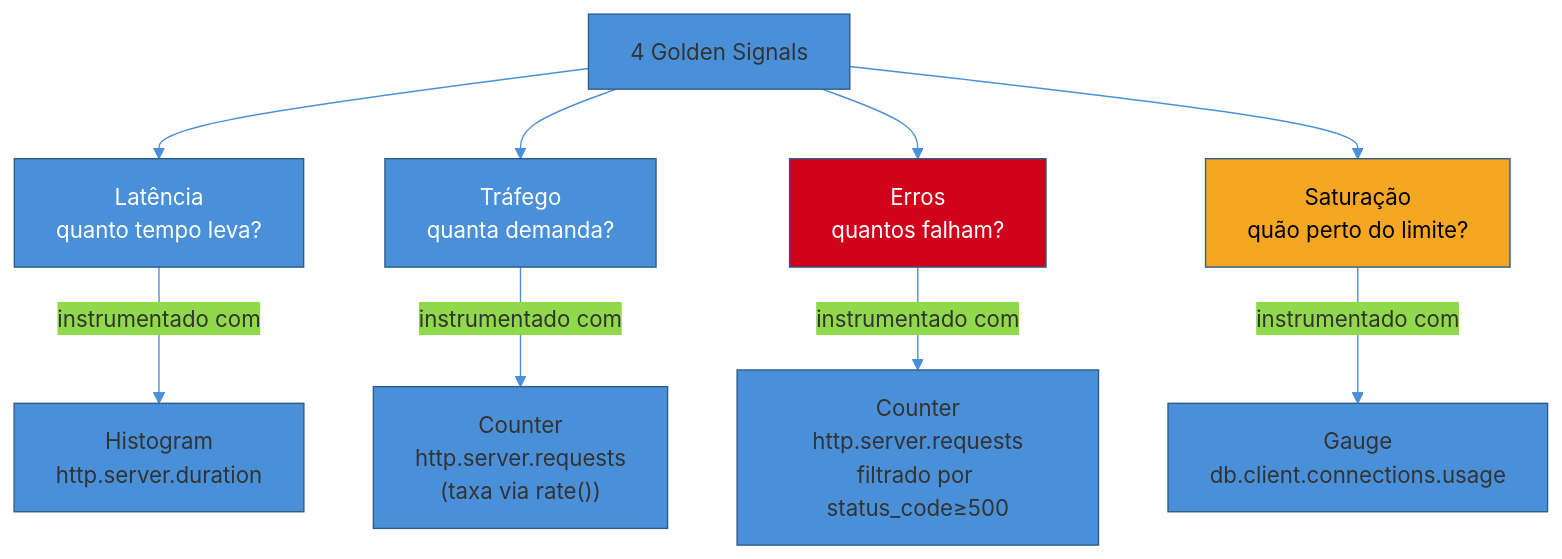
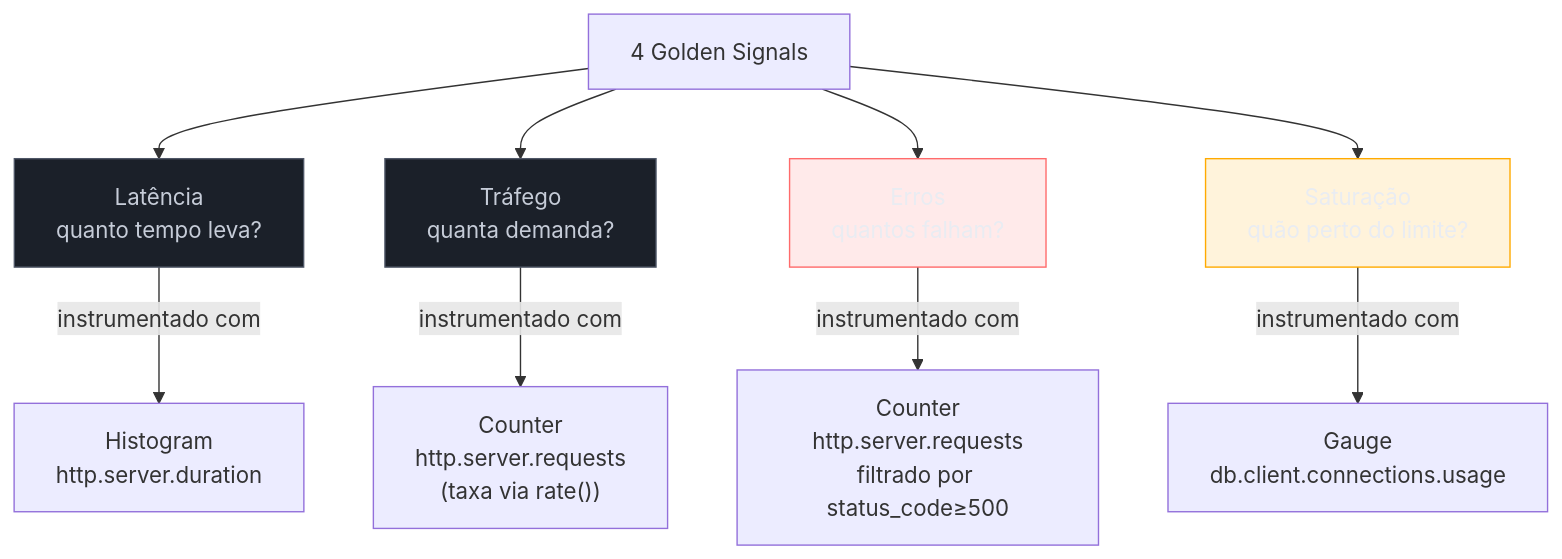
Before and after one commit to josenaldo/codex-technomanticus: the second of 2 diagrams in 03-Dominios/Tecnologia/Python/Observabilidade e produção/03 - Métricas com OpenTelemetry e Prometheus client.md, drawn with Mermaid. The commit also changed other lines of this file and 1181 other files, not shown here.

First line of the commit message:
fix(diagramas): paleta do sistema no lugar de cor cravada no markdown

````diff
--- a/03-Dominios/Tecnologia/Python/Observabilidade e produção/03 - Métricas com OpenTelemetry e Prometheus client.md
+++ b/03-Dominios/Tecnologia/Python/Observabilidade e produção/03 - Métricas com OpenTelemetry e Prometheus client.md
@@ -231,18 +231,20 @@
 ```mermaid
-%%{init: {"theme": "base", "themeVariables": {"primaryColor": "#4A90D9", "primaryBorderColor": "#2E5C8A", "lineColor": "#4A90D9"}}}%%
 graph TD
+    classDef neutro fill:#1B2029,stroke:#4E5666,color:#C6CCD8
+    classDef falha fill:#FF6B6B24,stroke:#FF6B6B,color:#E9ECF2
+    classDef destaque fill:#FFAA0024,stroke:#FFAA00,color:#E9ECF2
     GS["4 Golden Signals"] --> LAT["Latência<br/>quanto tempo leva?"]
     GS --> TRAF["Tráfego<br/>quanta demanda?"]
     GS --> ERR["Erros<br/>quantos falham?"]
     GS --> SAT["Saturação<br/>quão perto do limite?"]
 
     LAT -->|instrumentado com| HIST["Histogram<br/>http.server.duration"]
     TRAF -->|instrumentado com| CNT1["Counter<br/>http.server.requests<br/>(taxa via rate())"]
     ERR -->|instrumentado com| CNT2["Counter<br/>http.server.requests<br/>filtrado por status_code≥500"]
     SAT -->|instrumentado com| GAU["Gauge<br/>db.client.connections.usage"]
 
-    style LAT fill:#4A90D9,color:#fff
-    style TRAF fill:#4A90D9,color:#fff
-    style ERR fill:#D0021B,color:#fff
-    style SAT fill:#F5A623,color:#000
+    class LAT neutro
+    class TRAF neutro
+    class ERR falha
+    class SAT destaque
 ```
````
